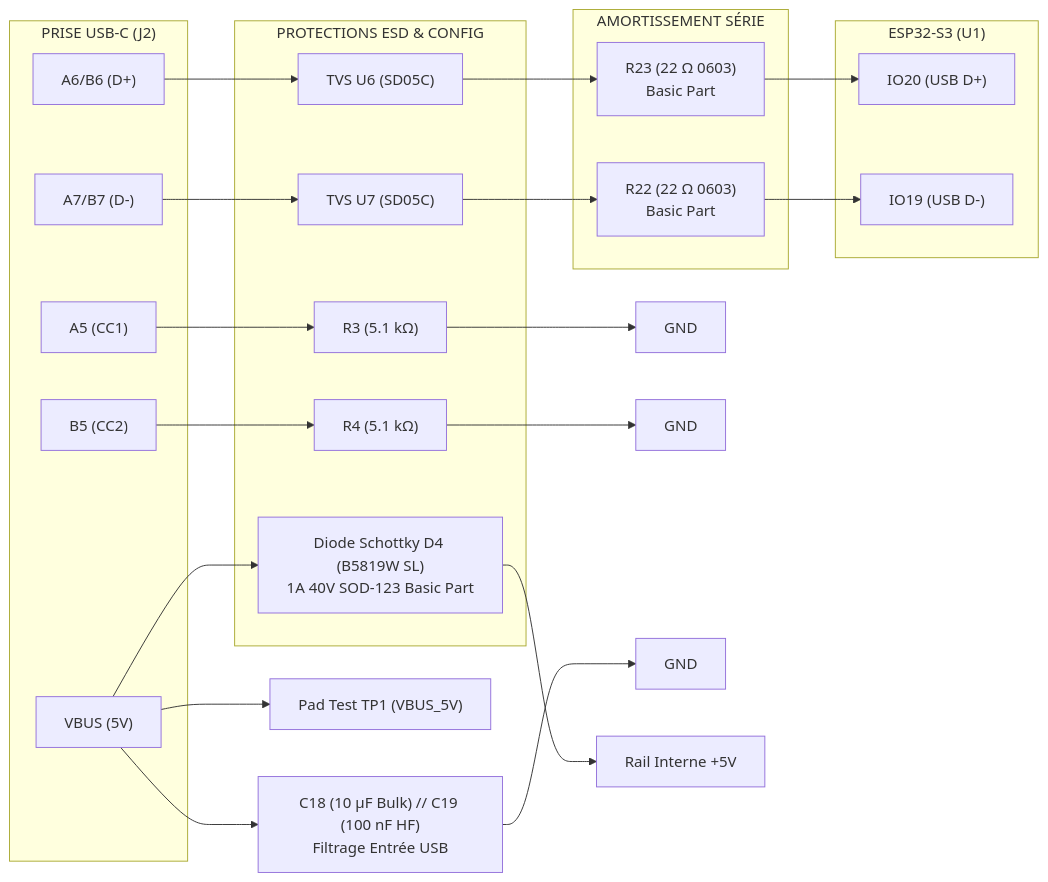
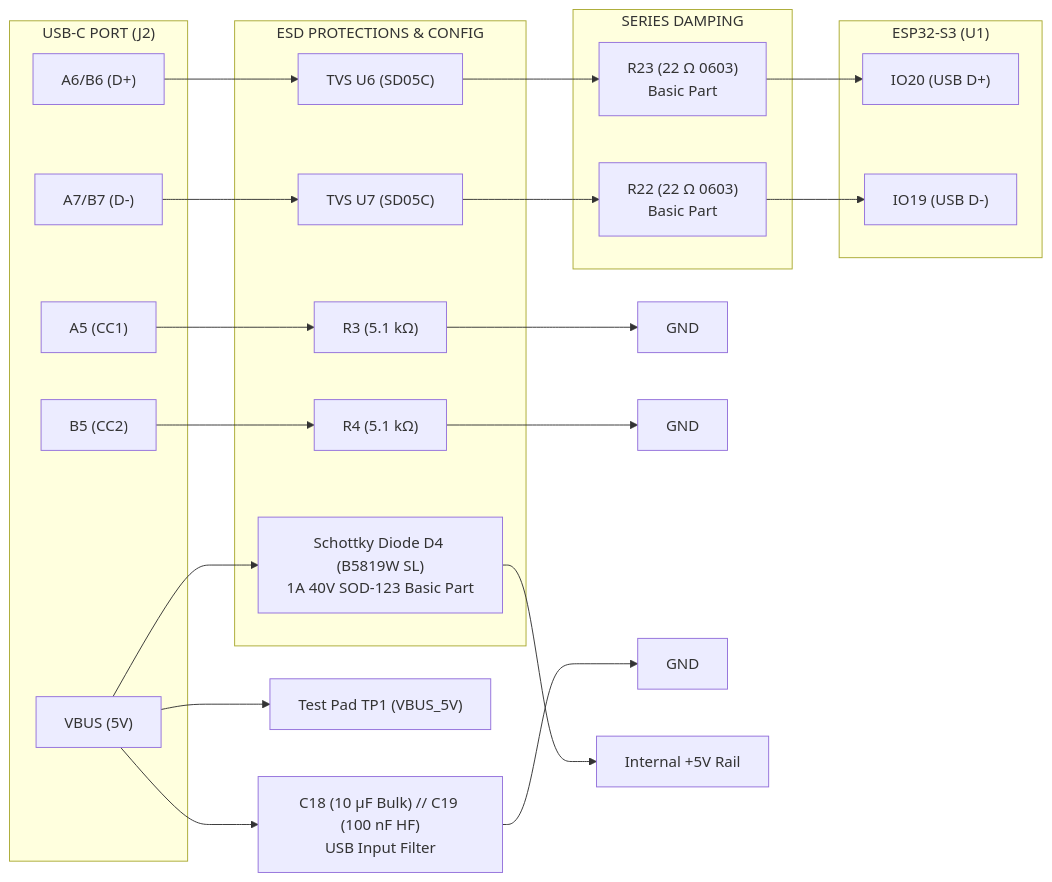
One commit to nitrogene/OBD2 changed the fifth of 13 diagrams in documents/hardware.md. Above: the diagram before and after it, drawn with Mermaid. The commit also changed other lines of this file and 20 other files, not shown here.

````diff
--- a/documents/hardware.md
+++ b/documents/hardware.md
@@ -222,47 +258,51 @@
 ```mermaid
 %%{init: {
   'themeVariables': {
     'fontFamily': 'Consolas, "Courier New", monospace',
     'fontSize': '12px'
   },
   'flowchart': {
     'curve': 'stepBefore',
     'nodeSpacing': 20,
     'rankSpacing': 30
   }
 }}%%
 flowchart LR
-    subgraph USBC["PRISE USB-C (J2)"]
+    subgraph USBC["USB-C PORT (J2)"]
         DP["A6/B6 (D+)"]
         DM["A7/B7 (D-)"]
         CC1["A5 (CC1)"]
         CC2["B5 (CC2)"]
         VBUS["VBUS (5V)"]
     end
 
-    subgraph PROT["PROTECTIONS ESD & CONFIG"]
+    subgraph PROT["ESD PROTECTIONS & CONFIG"]
         U6["TVS U6 (SD05C)"]
         U7["TVS U7 (SD05C)"]
         R3["R3 (5.1 kΩ)"]
         R4["R4 (5.1 kΩ)"]
-        D4["Diode Schottky D4 (B5819W SL)\n1A 40V SOD-123 Basic Part"]
+        D4["Schottky Diode D4 (B5819W SL)
+1A 40V SOD-123 Basic Part"]
     end
 
-    subgraph DAMP_USB["AMORTISSEMENT SÉRIE"]
-        R23["R23 (22 Ω 0603)\nBasic Part"]
-        R22["R22 (22 Ω 0603)\nBasic Part"]
+    subgraph DAMP_USB["SERIES DAMPING"]
+        R23["R23 (22 Ω 0603)
+Basic Part"]
+        R22["R22 (22 Ω 0603)
+Basic Part"]
     end
 
     subgraph MCU["ESP32-S3 (U1)"]
         IO20["IO20 (USB D+)"]
         IO19["IO19 (USB D-)"]
     end
 
     DP --> U6 --> R23 --> IO20
     DM --> U7 --> R22 --> IO19
     CC1 --> R3 --> GND1["GND"]
     CC2 --> R4 --> GND2["GND"]
-    VBUS --> C18_C19["C18 (10 µF Bulk) // C19 (100 nF HF)\nFiltrage Entrée USB"] --> GND3["GND"]
-    VBUS --> D4 --> V5["Rail Interne +5V"]
-    VBUS --> TP1["Pad Test TP1 (VBUS_5V)"]
+    VBUS --> C18_C19["C18 (10 µF Bulk) // C19 (100 nF HF)
+USB Input Filter"] --> GND3["GND"]
+    VBUS --> D4 --> V5["Internal +5V Rail"]
+    VBUS --> TP1["Test Pad TP1 (VBUS_5V)"]
 ```
````
